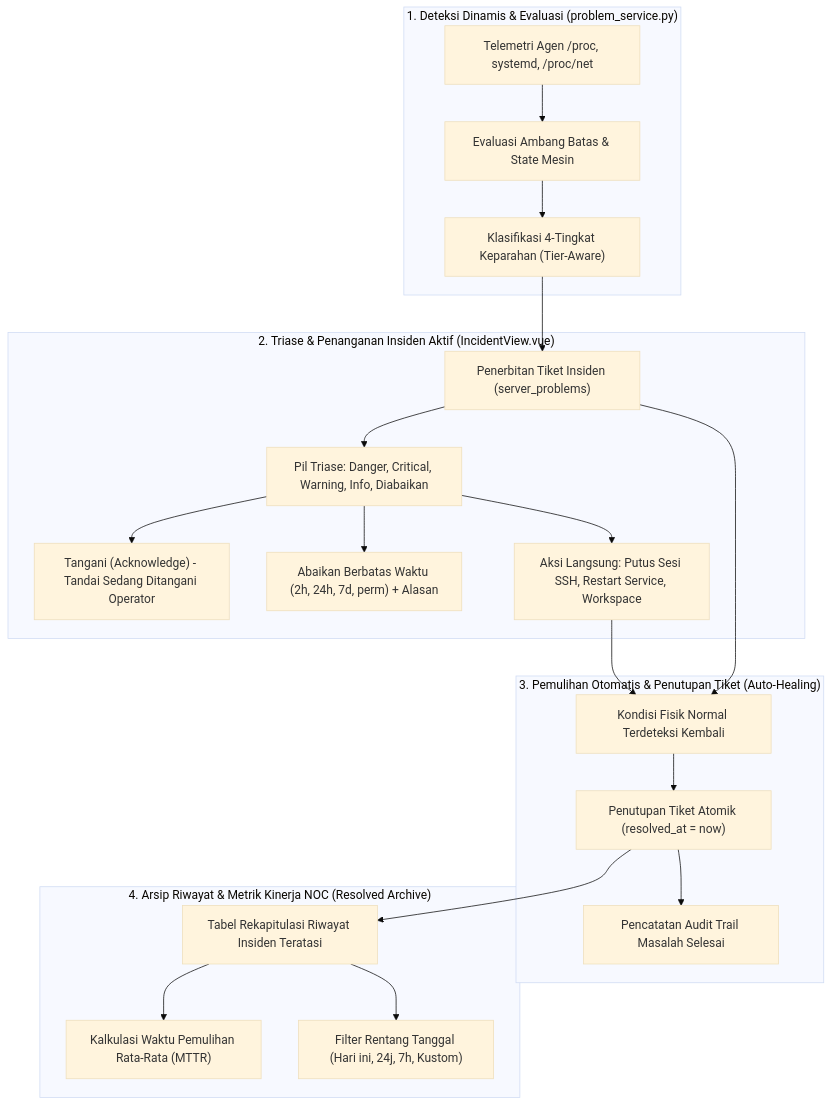
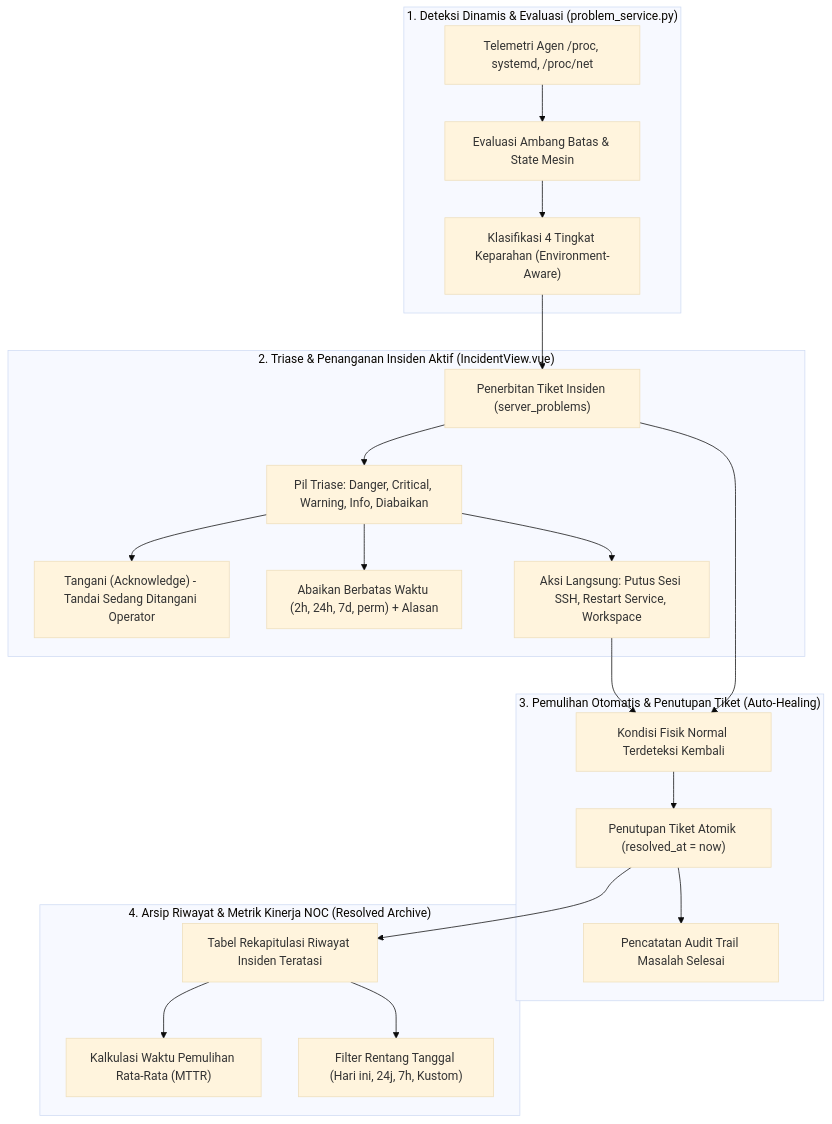
One commit to azhuka/pantau-server changed the second of 2 diagrams in DEVELOPMENT.md. Above: the diagram before and after it, drawn with Mermaid (base theme). The commit also changed other lines of this file and 21 other files, not shown here.

````diff
--- a/DEVELOPMENT.md
+++ b/DEVELOPMENT.md
@@ -260,28 +260,28 @@
 ```mermaid
 flowchart TD
     subgraph Detection["1. Deteksi Dinamis & Evaluasi (problem_service.py)"]
         Det_Agent["Telemetri Agen /proc, systemd, /proc/net"] --> Det_Eval["Evaluasi Ambang Batas & State Mesin"]
-        Det_Eval --> Det_Sev["Klasifikasi 4-Tingkat Keparahan (Tier-Aware)"]
+        Det_Eval --> Det_Sev["Klasifikasi 4 Tingkat Keparahan (Environment-Aware)"]
     end
 
     subgraph ActiveState["2. Triase & Penanganan Insiden Aktif (IncidentView.vue)"]
         Det_Sev --> Act_Ticket["Penerbitan Tiket Insiden (server_problems)"]
         Act_Ticket --> Act_Triage["Pil Triase: Danger, Critical, Warning, Info, Diabaikan"]
         Act_Triage --> Act_Ack["Tangani (Acknowledge) - Tandai Sedang Ditangani Operator"]
         Act_Triage --> Act_Ignore["Abaikan Berbatas Waktu (2h, 24h, 7d, perm) + Alasan"]
         Act_Triage --> Act_Mitigate["Aksi Langsung: Putus Sesi SSH, Restart Service, Workspace"]
     end
 
     subgraph AutoHeal["3. Pemulihan Otomatis & Penutupan Tiket (Auto-Healing)"]
         Act_Mitigate --> Auto_Check["Kondisi Fisik Normal Terdeteksi Kembali"]
         Act_Ticket --> Auto_Check
         Auto_Check --> Auto_Close["Penutupan Tiket Atomik (resolved_at = now)"]
         Auto_Close --> Auto_Audit["Pencatatan Audit Trail Masalah Selesai"]
     end
 
     subgraph Archive["4. Arsip Riwayat & Metrik Kinerja NOC (Resolved Archive)"]
         Auto_Close --> Res_Arch["Tabel Rekapitulasi Riwayat Insiden Teratasi"]
         Res_Arch --> Res_MTTR["Kalkulasi Waktu Pemulihan Rata-Rata (MTTR)"]
         Res_Arch --> Res_Filter["Filter Rentang Tanggal (Hari ini, 24j, 7h, Kustom)"]
     end
 ```
````
